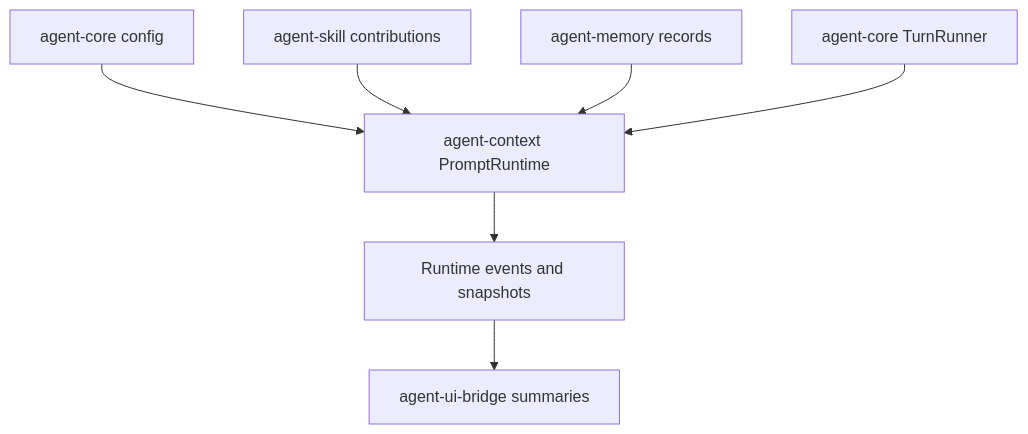
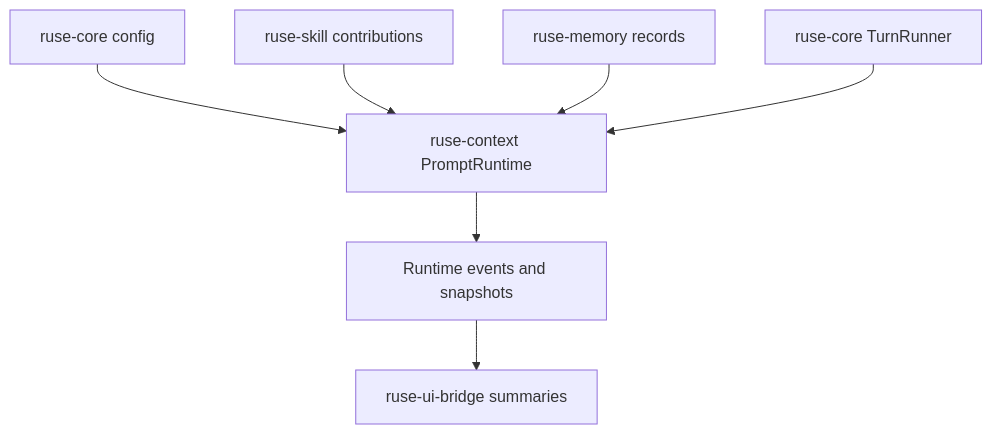
One commit to poneding/agent changed the diagram in docs/specs/M16-prompt-runtime-dynamic-management.spec.md. Above: the diagram before and after it, drawn with Mermaid. The commit also changed other lines of this file and 2091 other files, not shown here.

First line of the commit message:
refactor: rename agent branding to ruse

````diff
--- a/docs/specs/M16-prompt-runtime-dynamic-management.spec.md
+++ b/docs/specs/M16-prompt-runtime-dynamic-management.spec.md
@@ -33,9 +33,9 @@
 ```mermaid
 flowchart TD
-  Config["agent-core config"] --> Context["agent-context PromptRuntime"]
-  Skills["agent-skill contributions"] --> Context
-  Memory["agent-memory records"] --> Context
-  Core["agent-core TurnRunner"] --> Context
+  Config["ruse-core config"] --> Context["ruse-context PromptRuntime"]
+  Skills["ruse-skill contributions"] --> Context
+  Memory["ruse-memory records"] --> Context
+  Core["ruse-core TurnRunner"] --> Context
   Context --> Events["Runtime events and snapshots"]
-  Events --> Bridge["agent-ui-bridge summaries"]
+  Events --> Bridge["ruse-ui-bridge summaries"]
 ```
````
